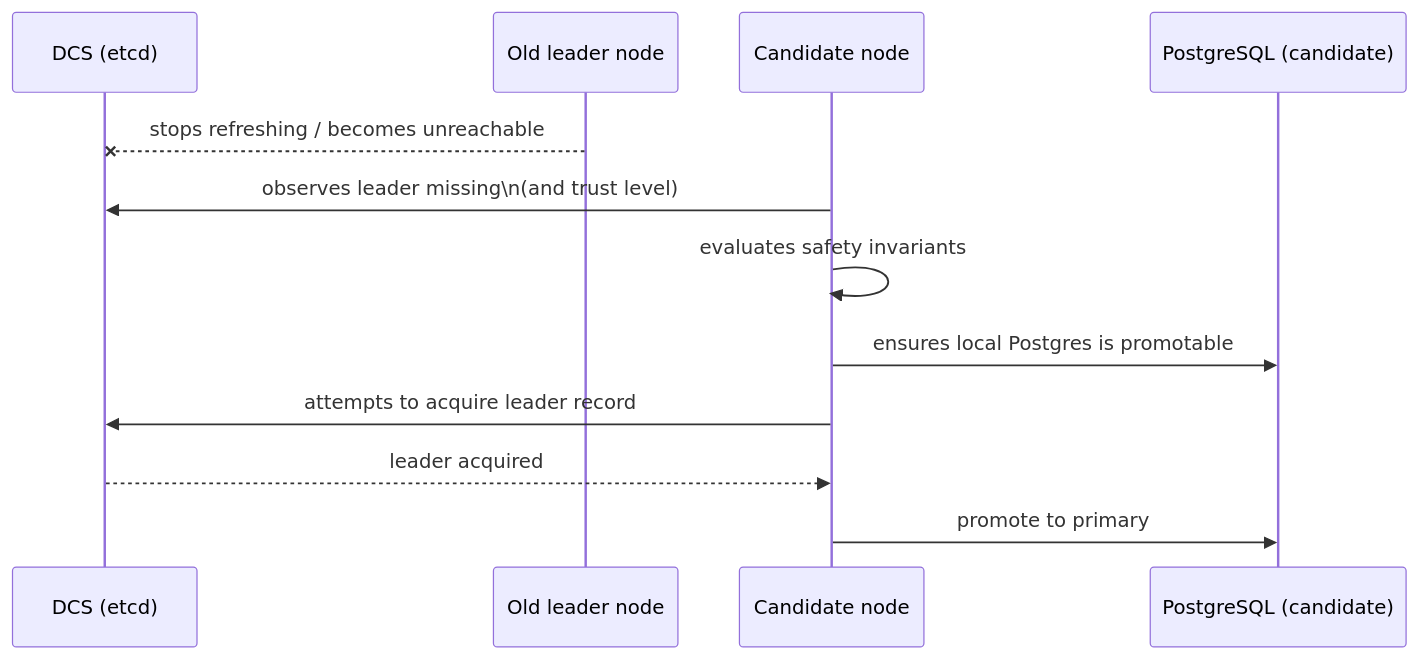
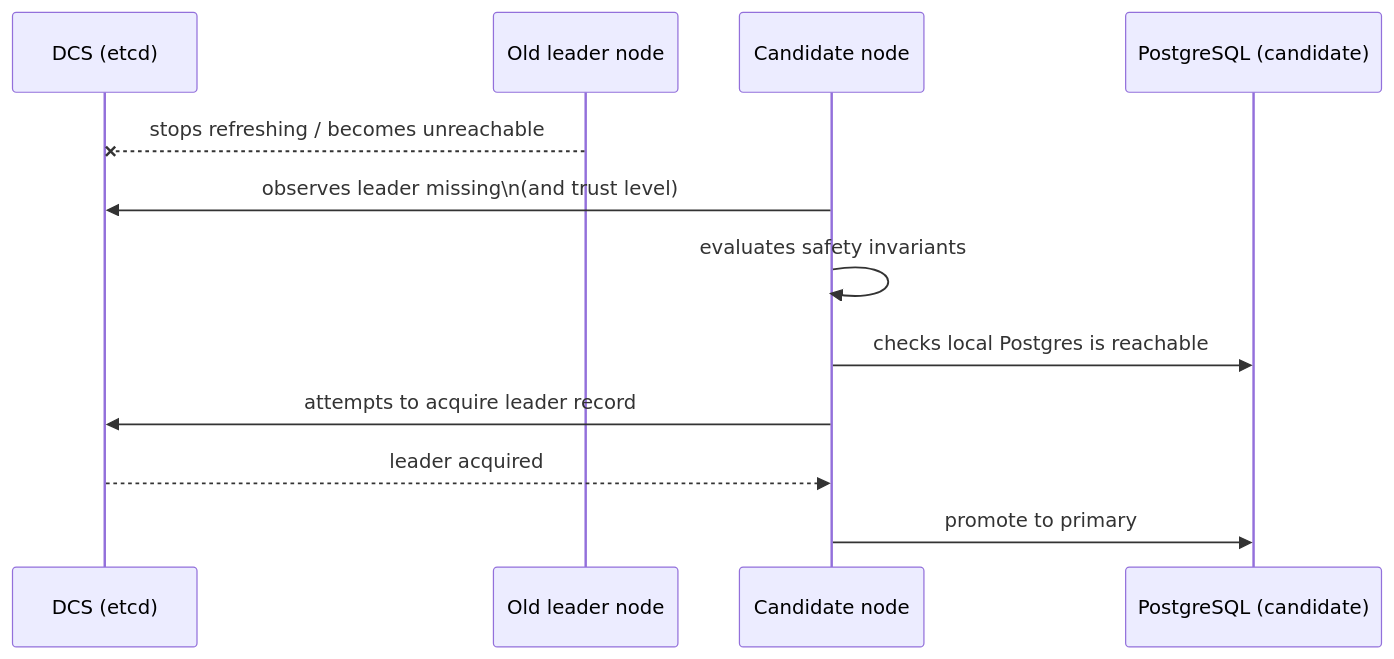
Before and after one commit to djosh34/pgtuskmaster_rust: the first of 2 diagrams in docs/src/architecture/failover-and-recovery.md, drawn with Mermaid. The commit also changed other lines of this file and 36 other files, not shown here.

First line of the commit message:
task finished 33-task-deep-skeptical-verification-of-doc-facts-and-writing-quality: audit docs + fix diagrams/test flake

````diff
--- a/docs/src/architecture/failover-and-recovery.md
+++ b/docs/src/architecture/failover-and-recovery.md
@@ -10,15 +10,15 @@
 ```mermaid
 sequenceDiagram
   participant ETCD as DCS (etcd)
   participant Old as Old leader node
   participant New as Candidate node
   participant PG as PostgreSQL (candidate)
 
   Old--xETCD: stops refreshing / becomes unreachable
   New->>ETCD: observes leader missing\n(and trust level)
   New->>New: evaluates safety invariants
-  New->>PG: ensures local Postgres is promotable
+  New->>PG: checks local Postgres is reachable
   New->>ETCD: attempts to acquire leader record
   ETCD-->>New: leader acquired
   New->>PG: promote to primary
 ```
````
